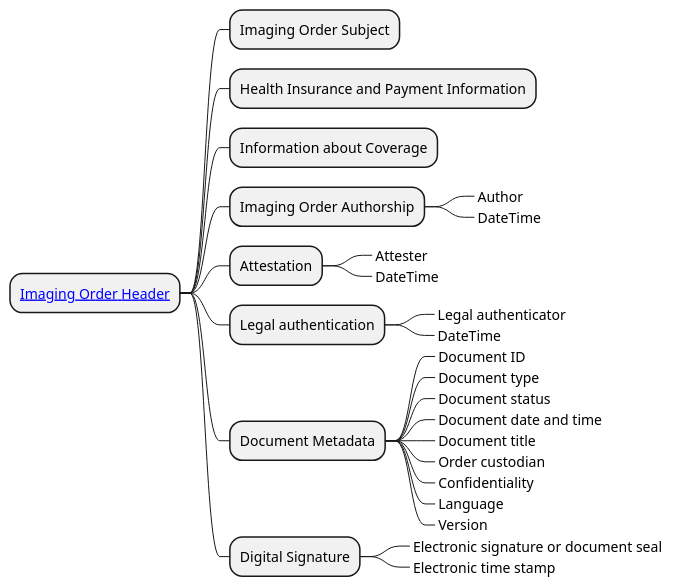
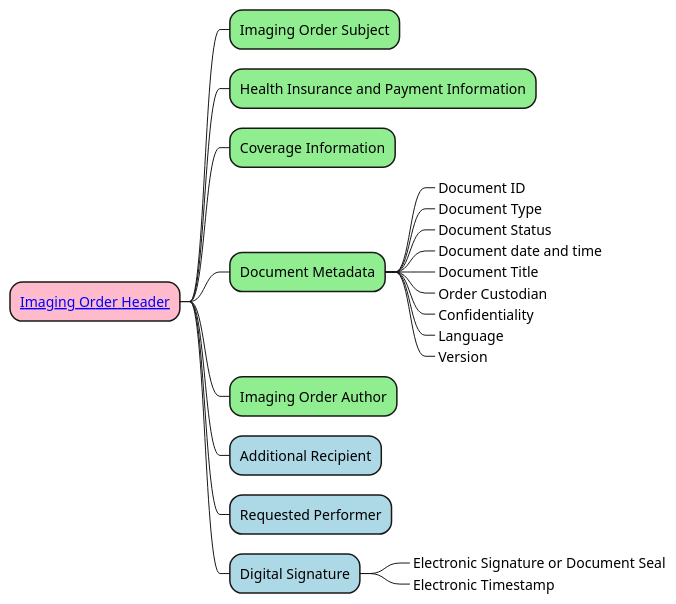
One commit to pvrana/img-order changed the diagram in input/images-source/imgOrderHead_CIM.plantuml. Above: the diagram before and after it, drawn with PlantUML. The commit also changed 8 other files, not shown here.

```diff
--- a/input/images-source/imgOrderHead_CIM.plantuml
+++ b/input/images-source/imgOrderHead_CIM.plantuml
@@ -1,62 +1,64 @@
 @startmindmap
 skinparam topurl StructureDefinition-
 
-* [[ImagingOrderCz.html Imaging Order Header]]
-** Imaging Order Subject
+*[#FFBBCC] [[HeaderImagingOrder.html Imaging Order Header]]
+**[#lightgreen] Imaging Order Subject
 /'    Shell we keep or not?
 ** Preferred Health Professional
 '/
-** Health Insurance and Payment Information
+**[#lightgreen] Health Insurance and Payment Information
 /' ***_ Health insurance code
 ***_ Health insurance name
 ***_ Health insurance number '/
-** Information about Coverage
-** Imaging Order Authorship
-***_ Author
-***_ DateTime
+**[#lightgreen] Coverage Information
+/'
 ** Attestation
 ***_ Attester
 ***_ DateTime
 ** Legal authentication
 ***_ Legal authenticator
 ***_ DateTime
-** Document Metadata
+'/
+**[#lightgreen] Document Metadata
 ***_ Document ID
-***_ Document type
-***_ Document status
+***_ Document Type
+***_ Document Status
 ***_ Document date and time
-***_ Document title
-***_ Order custodian
+***_ Document Title
+***_ Order Custodian
 ***_ Confidentiality
 ***_ Language
 ***_ Version
-** Digital Signature
-***_ Electronic signature or document seal
-***_ Electronic time stamp
+**[#lightgreen] Imaging Order Author
+**[#lightblue] Additional Recipient
+**[#lightblue] Requested Performer
+**[#lightblue] Digital Signature
+***_ Electronic Signature or Document Seal
+***_ Electronic Timestamp
 /' ** Intended recipient
 ** Authorship
 ***_ Author
 ***_ DateTime
 ** Attestation
 ***_ Attester
 ***_ DateTime
 ** Legal authentication
 ***_ Legal authenticator
 ***_ DateTime
 ** Document metadata
 ***_ Document ID
 ***_ Document type
 ***_ Document status
 ***_ Period
 ***_ Report date and time
 ***_ Document title
 ***_ Event type
 ***_ Specialty
 ***_ Report custodian
 ***_ Document format
 ***_ Confidentiality
 ***_ Language
 ***_ Version
 ***_ Study Instance UID
 ***_ Accession number '/
 @endmindmap
```
